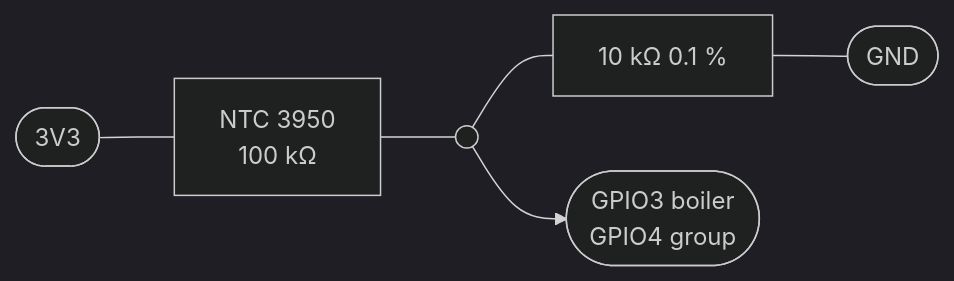
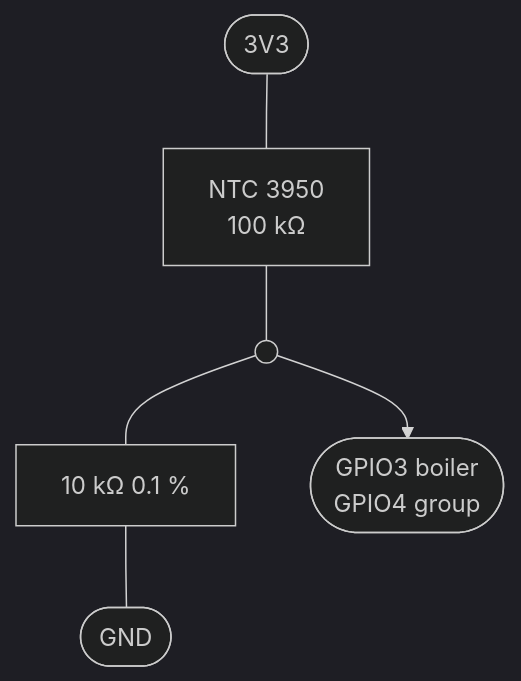
Before and after one commit to universam1/anita-adrc: the second of 2 diagrams in docs/hardware.md, drawn with Mermaid (dark theme). The commit also changed 1 other file, not shown here.

Commit message:
docs: vertical (TB) orientation for Mermaid diagrams
Claude-Session: https://claude.ai/code/session_01YAPmWrMDWhL4ZWzt2p6SNd

````diff
--- a/docs/hardware.md
+++ b/docs/hardware.md
@@ -56,5 +56,6 @@
 ```mermaid
-flowchart LR
-    V33(["3V3"]) --- NTC["NTC 3950<br/>100 kΩ"] --- NODE((" ")) --- RS["10 kΩ 0.1 %"] --- GND(["GND"])
+flowchart TB
+    V33(["3V3"]) --- NTC["NTC 3950<br/>100 kΩ"] --- NODE((" "))
+    NODE --- RS["10 kΩ 0.1 %"] --- GND(["GND"])
     NODE --> ADC(["GPIO3 boiler<br/>GPIO4 group"])
 ```
````
